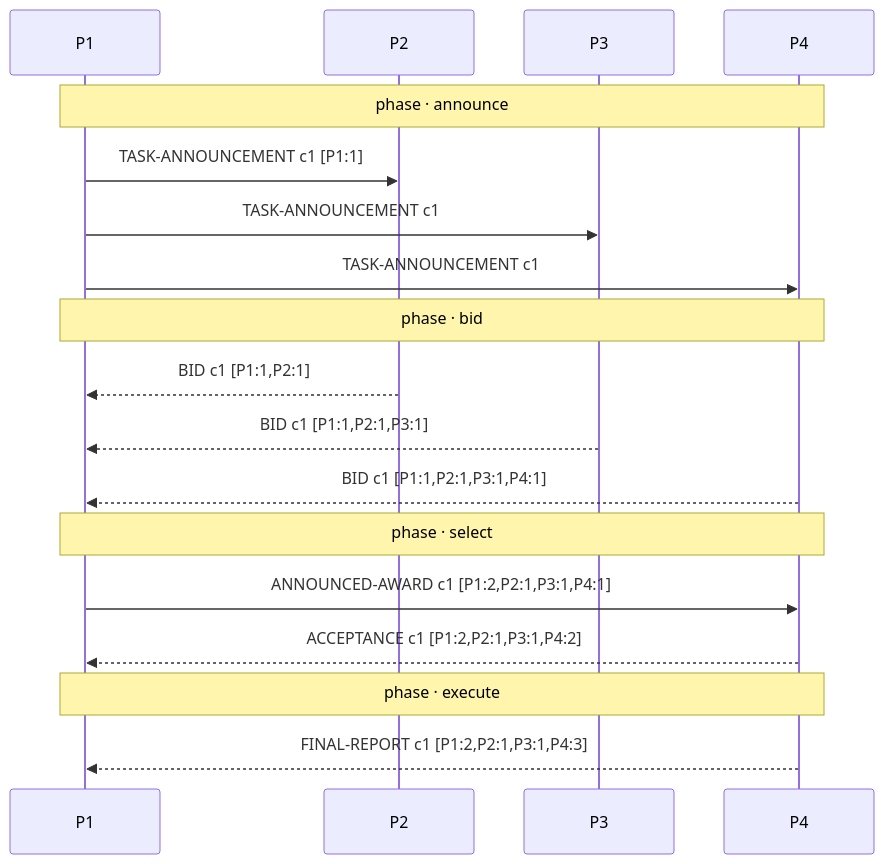
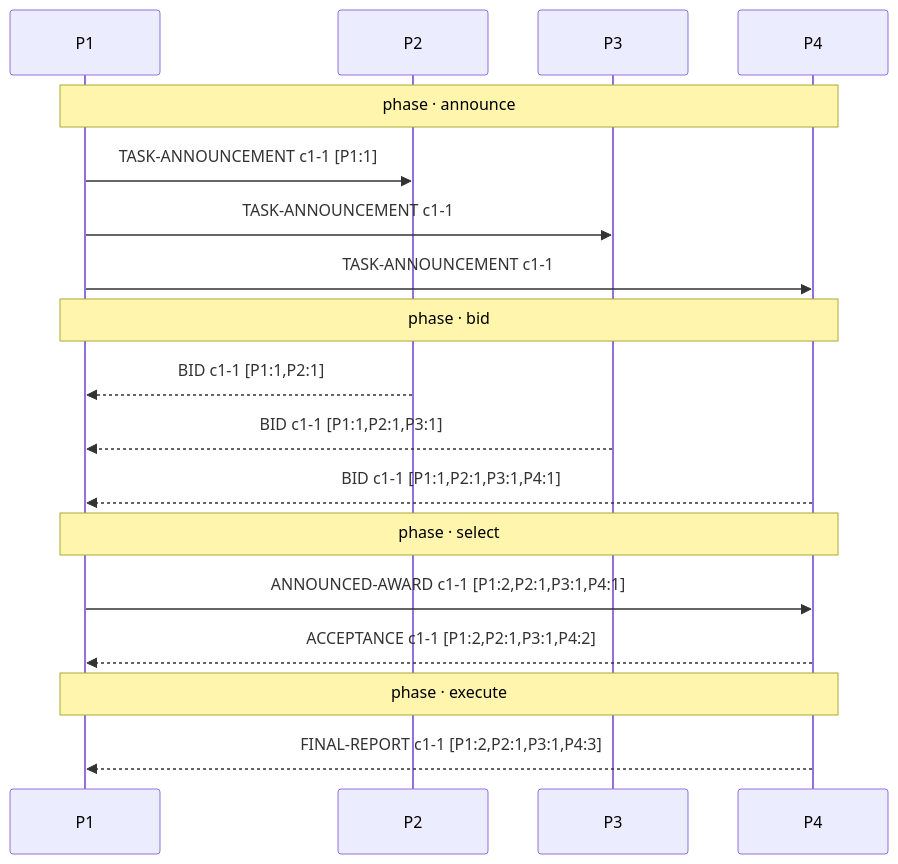
One commit to Q00/ai-agent-engineering-101 changed the diagram in submissions/26510126/week-03/diagrams/sequence-task1.mmd. Above: the diagram before and after it, drawn with Mermaid. The commit also changed 29 other files, not shown here.

```diff
--- a/submissions/26510126/week-03/diagrams/sequence-task1.mmd
+++ b/submissions/26510126/week-03/diagrams/sequence-task1.mmd
@@ -1,18 +1,18 @@
 sequenceDiagram
     participant P1
     participant P2
     participant P3
     participant P4
     Note over P1,P4: phase · announce
-    P1->>P2: TASK-ANNOUNCEMENT c1 [P1:1]
-    P1->>P3: TASK-ANNOUNCEMENT c1
-    P1->>P4: TASK-ANNOUNCEMENT c1
+    P1->>P2: TASK-ANNOUNCEMENT c1-1 [P1:1]
+    P1->>P3: TASK-ANNOUNCEMENT c1-1
+    P1->>P4: TASK-ANNOUNCEMENT c1-1
     Note over P1,P4: phase · bid
-    P2-->>P1: BID c1 [P1:1,P2:1]
-    P3-->>P1: BID c1 [P1:1,P2:1,P3:1]
-    P4-->>P1: BID c1 [P1:1,P2:1,P3:1,P4:1]
+    P2-->>P1: BID c1-1 [P1:1,P2:1]
+    P3-->>P1: BID c1-1 [P1:1,P2:1,P3:1]
+    P4-->>P1: BID c1-1 [P1:1,P2:1,P3:1,P4:1]
     Note over P1,P4: phase · select
-    P1->>P4: ANNOUNCED-AWARD c1 [P1:2,P2:1,P3:1,P4:1]
-    P4-->>P1: ACCEPTANCE c1 [P1:2,P2:1,P3:1,P4:2]
+    P1->>P4: ANNOUNCED-AWARD c1-1 [P1:2,P2:1,P3:1,P4:1]
+    P4-->>P1: ACCEPTANCE c1-1 [P1:2,P2:1,P3:1,P4:2]
     Note over P1,P4: phase · execute
-    P4-->>P1: FINAL-REPORT c1 [P1:2,P2:1,P3:1,P4:3]
+    P4-->>P1: FINAL-REPORT c1-1 [P1:2,P2:1,P3:1,P4:3]
```
